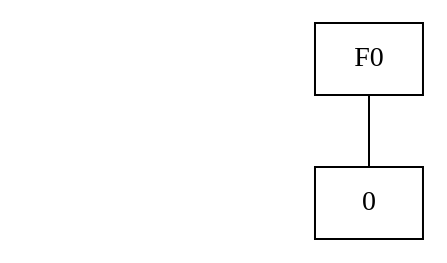
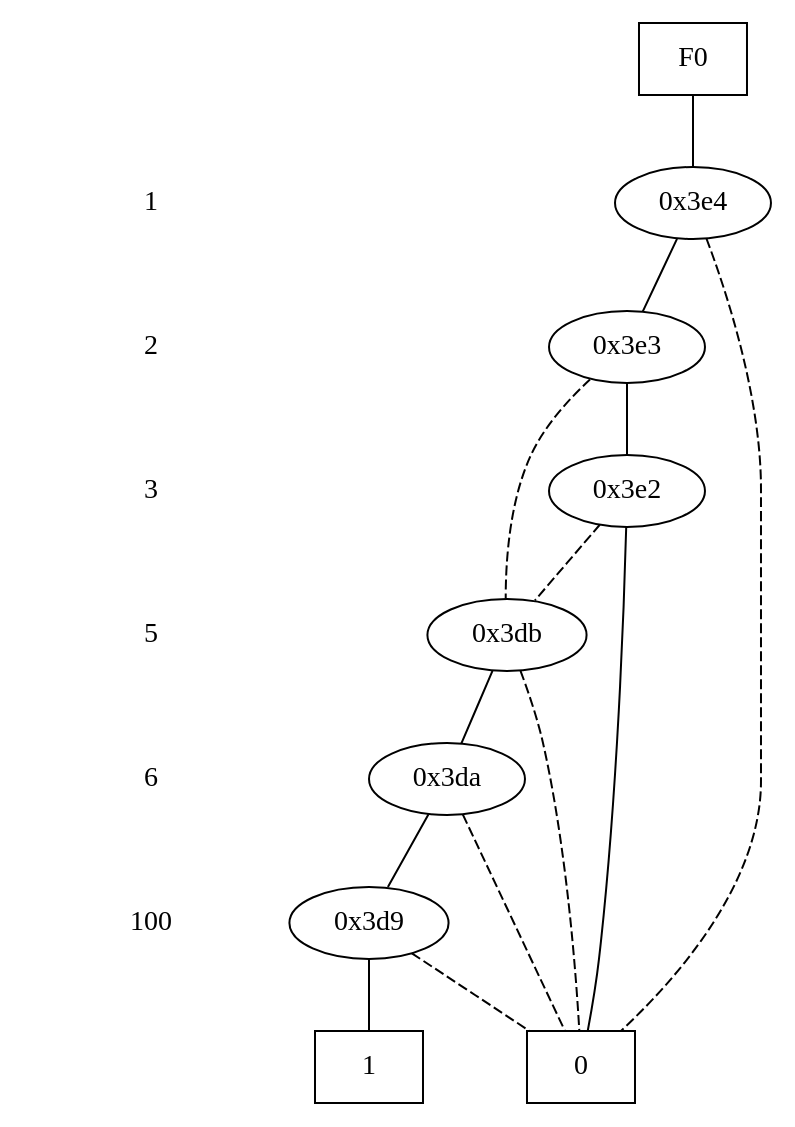
The diagram in befor_reorder.dot (Vraier/planDD), drawn with Graphviz before and after one commit. The commit also changed 13 other files, not shown here.

```diff
--- a/befor_reorder.dot
+++ b/befor_reorder.dot
@@ -1,18 +1,50 @@
 digraph "DD" {
 size = "7.5,10"
 center = true;
 edge [dir = none];
 { node [shape = plaintext];
   edge [style = invis];
   "CONST NODES" [style = invis];
-"CONST NODES"; 
+" 1 " -> " 2 " -> " 3 " -> " 5 " -> " 6 " -> " 100 " -> "CONST NODES"; 
 }
 { rank = same; node [shape = box]; edge [style = invis];
 "F0"; }
+{ rank = same; " 1 ";
+"0x3e4";
+}
+{ rank = same; " 2 ";
+"0x3e3";
+}
+{ rank = same; " 3 ";
+"0x3e2";
+}
+{ rank = same; " 5 ";
+"0x3db";
+}
+{ rank = same; " 6 ";
+"0x3da";
+}
+{ rank = same; " 100 ";
+"0x3d9";
+}
 { rank = same; "CONST NODES";
-{ node [shape = box]; "0";
+{ node [shape = box]; "0x362";
+"0x361";
 }
 }
-"F0" -> "0" [style = solid];
-"0" [label = "0"];
+"F0" -> "0x3e4" [style = solid];
+"0x3e4" -> "0x3e3";
+"0x3e4" -> "0x362" [style = dashed];
+"0x3e3" -> "0x3e2";
+"0x3e3" -> "0x3db" [style = dashed];
+"0x3e2" -> "0x362";
+"0x3e2" -> "0x3db" [style = dashed];
+"0x3db" -> "0x3da";
+"0x3db" -> "0x362" [style = dashed];
+"0x3da" -> "0x3d9";
+"0x3da" -> "0x362" [style = dashed];
+"0x3d9" -> "0x361";
+"0x3d9" -> "0x362" [style = dashed];
+"0x362" [label = "0"];
+"0x361" [label = "1"];
 }
```
